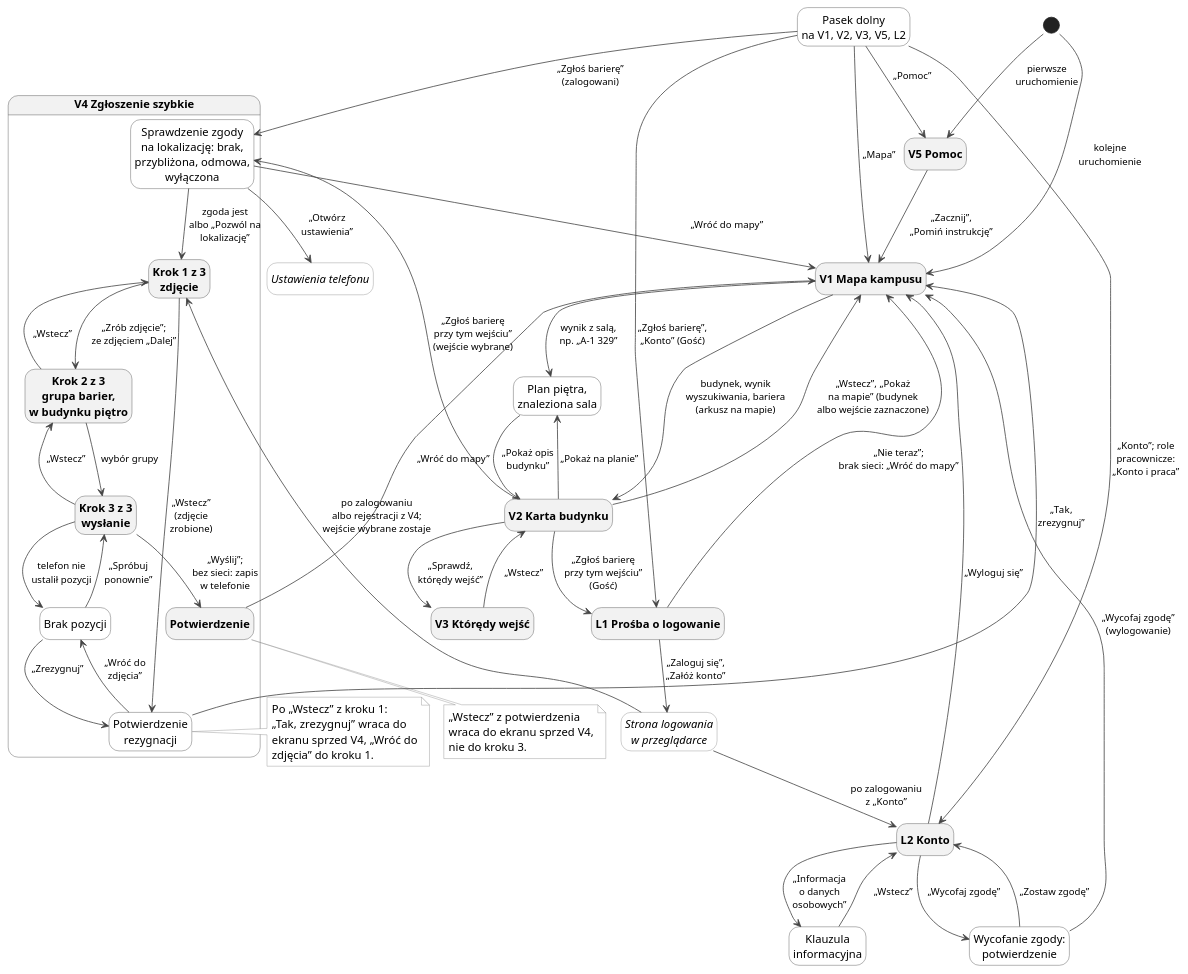
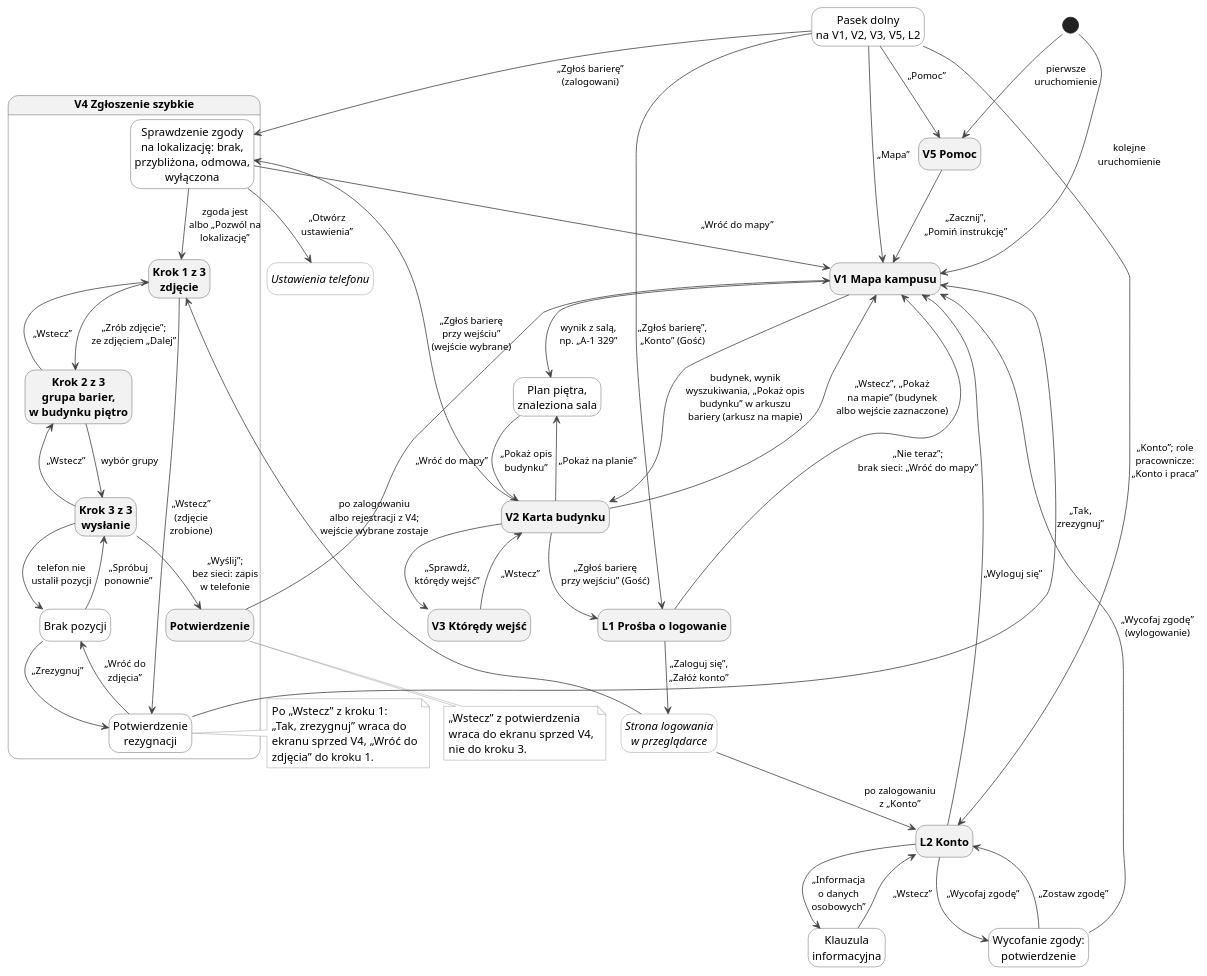
The diagram in docs/docs/ux/nawigacja-odwiedzajacy.puml (dostepny-kampus/dostepny-kampus), drawn with PlantUML before and after one commit. The commit also changed 40 other files, not shown here.

First line of the commit message:
docs(ux): napis „Zgłoś barierę przy wejściu” i groty przesuwania mapy

```diff
--- a/docs/docs/ux/nawigacja-odwiedzajacy.puml
+++ b/docs/docs/ux/nawigacja-odwiedzajacy.puml
@@ -1,109 +1,109 @@
 @startuml
 !pragma layout smetana
 hide empty description
 skinparam defaultFontSize 14
 skinparam ArrowColor #444444
 skinparam ArrowFontSize 12
 skinparam state {
   BackgroundColor #F2F2F2
   BorderColor #444444
   FontStyle bold
 }
 skinparam state<<poza>> {
   BackgroundColor #FFFFFF
   BorderColor #888888
   FontStyle italic
 }
 skinparam state<<stan>> {
   BackgroundColor #FFFFFF
   BorderColor #444444
   FontStyle normal
 }
 skinparam note {
   BackgroundColor #FFFFFF
   BorderColor #888888
 }
 
 state "V5 Pomoc" as V5
 state "V1 Mapa kampusu" as V1
 state "Plan piętra,\nznaleziona sala" as PLAN <<stan>>
 state "V2 Karta budynku" as V2
 state "V3 Którędy wejść" as V3
 state "Pasek dolny\nna V1, V2, V3, V5, L2" as PASEK <<stan>>
 state "L1 Prośba o logowanie" as L1
 state "L2 Konto" as L2
 state "Klauzula\ninformacyjna" as KL <<stan>>
 state "Wycofanie zgody:\npotwierdzenie" as WZ <<stan>>
 state "Strona logowania\nw przeglądarce" as WWW <<poza>>
 state "Ustawienia telefonu" as UST <<poza>>
 
 state "V4 Zgłoszenie szybkie" as V4 {
   state "Sprawdzenie zgody\nna lokalizację: brak,\nprzybliżona, odmowa,\nwyłączona" as ZG <<stan>>
   state "Krok 1 z 3\nzdjęcie" as K1
   state "Krok 2 z 3\ngrupa barier,\nw budynku piętro" as K2
   state "Krok 3 z 3\nwysłanie" as K3
   state "Brak pozycji" as BP <<stan>>
   state "Potwierdzenie\nrezygnacji" as PR <<stan>>
   state "Potwierdzenie" as POT
 }
 
 [*] --> V5 : pierwsze\nuruchomienie
 [*] --> V1 : kolejne\nuruchomienie
 V5 --> V1 : „Zacznij”,\n„Pomiń instrukcję”
-V1 --> V2 : budynek, wynik\nwyszukiwania, bariera\n(arkusz na mapie)
+V1 --> V2 : budynek, wynik\nwyszukiwania, „Pokaż opis\nbudynku” w arkuszu\nbariery (arkusz na mapie)
 V2 --> V1 : „Wstecz”, „Pokaż\nna mapie” (budynek\nalbo wejście zaznaczone)
 V2 --> V3 : „Sprawdź,\nktórędy wejść”
 V3 --> V2 : „Wstecz”
 V1 --> PLAN : wynik z salą,\nnp. „A-1 329”
 V2 --> PLAN : „Pokaż na planie”
 PLAN --> V2 : „Pokaż opis\nbudynku”
-V2 --> ZG : „Zgłoś barierę\nprzy tym wejściu”\n(wejście wybrane)
-V2 --> L1 : „Zgłoś barierę\nprzy tym wejściu”\n(Gość)
+V2 --> ZG : „Zgłoś barierę\nprzy wejściu”\n(wejście wybrane)
+V2 --> L1 : „Zgłoś barierę\nprzy wejściu” (Gość)
 
 PASEK --> V1 : „Mapa”
 PASEK --> V5 : „Pomoc”
 PASEK --> ZG : „Zgłoś barierę”\n(zalogowani)
 PASEK --> L1 : „Zgłoś barierę”,\n„Konto” (Gość)
 PASEK --> L2 : „Konto”; role\npracownicze:\n„Konto i praca”
 
 ZG --> K1 : zgoda jest\nalbo „Pozwól na\nlokalizację”
 ZG --> UST : „Otwórz\nustawienia”
 ZG --> V1 : „Wróć do mapy”
 K1 --> K2 : „Zrób zdjęcie”;\nze zdjęciem „Dalej”
 K2 --> K3 : wybór grupy
 K2 --> K1 : „Wstecz”
 K1 --> PR : „Wstecz”\n(zdjęcie\nzrobione)
 K3 --> K2 : „Wstecz”
 K3 --> POT : „Wyślij”;\nbez sieci: zapis\nw telefonie
 K3 --> BP : telefon nie\nustalił pozycji
 BP --> K3 : „Spróbuj\nponownie”
 BP --> PR : „Zrezygnuj”
 PR --> BP : „Wróć do\nzdjęcia”
 PR --> V1 : „Tak,\nzrezygnuj”
 POT --> V1 : „Wróć do mapy”
 
 L1 --> WWW : „Zaloguj się”,\n„Załóż konto”
 WWW --> K1 : po zalogowaniu\nalbo rejestracji z V4;\nwejście wybrane zostaje
 WWW --> L2 : po zalogowaniu\nz „Konto”
 L1 --> V1 : „Nie teraz”;\nbrak sieci: „Wróć do mapy”
 
 L2 --> V1 : „Wyloguj się”
 L2 --> WZ : „Wycofaj zgodę”
 WZ --> L2 : „Zostaw zgodę”
 WZ --> V1 : „Wycofaj zgodę”\n(wylogowanie)
 L2 --> KL : „Informacja\no danych\nosobowych”
 KL --> L2 : „Wstecz”
 
 note right of PR
   Po „Wstecz” z kroku 1:
   „Tak, zrezygnuj” wraca do
   ekranu sprzed V4, „Wróć do
   zdjęcia” do kroku 1.
 end note
 
 note bottom of POT
   „Wstecz” z potwierdzenia
   wraca do ekranu sprzed V4,
   nie do kroku 3.
 end note
 @enduml
```
